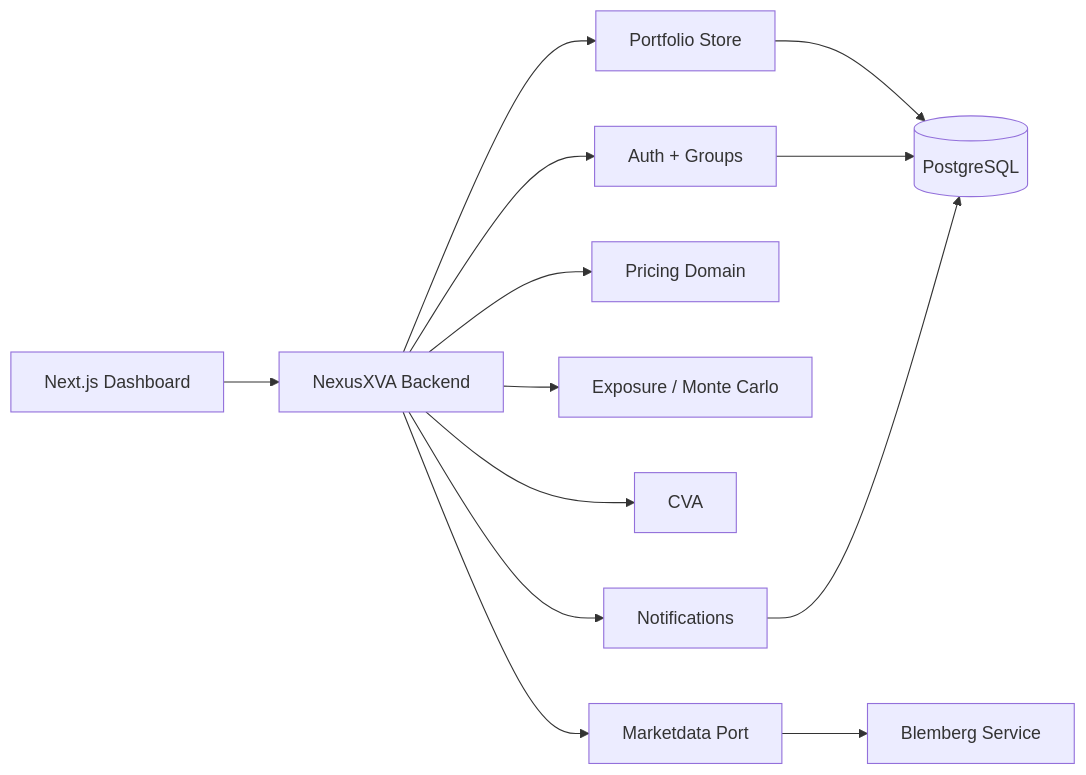
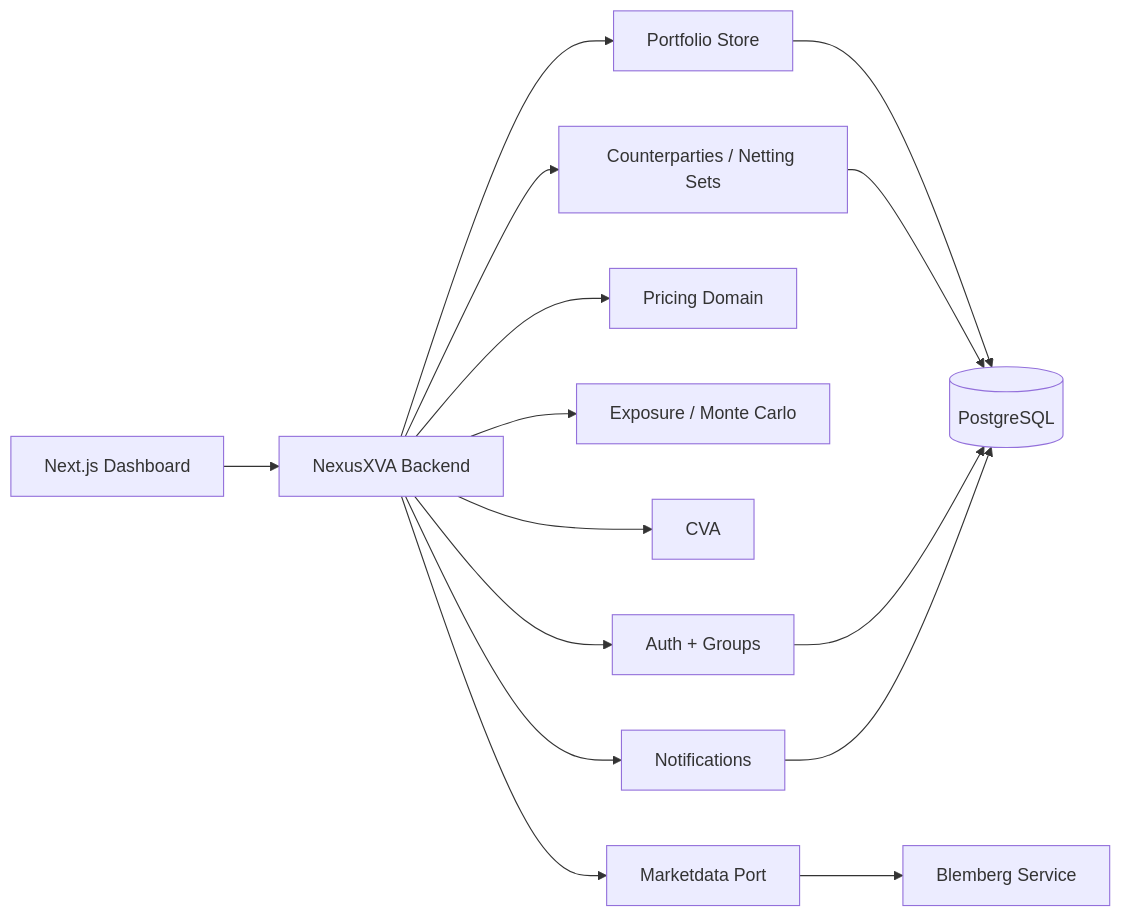
The first of 2 diagrams in README.md (mselaive/NexusXVA), drawn with Mermaid before and after one commit. The commit also changed other lines of this file and 60 other files, not shown here.

````diff
--- a/README.md
+++ b/README.md
@@ -40,15 +41,17 @@
 ```mermaid
 flowchart LR
     UI[Next.js Dashboard] --> API[NexusXVA Backend]
     API --> Auth[Auth + Groups]
     API --> Portfolio[Portfolio Store]
     API --> Pricing[Pricing Domain]
     API --> Exposure[Exposure / Monte Carlo]
     API --> CVA[CVA]
+    API --> XVA[Counterparties / Netting Sets]
     API --> MarketData[Marketdata Port]
     MarketData --> Blemberg[Blemberg Service]
     Portfolio --> DB[(PostgreSQL)]
+    XVA --> DB
     Auth --> DB
     API --> Notifications[Notifications]
     Notifications --> DB
 ```
````
